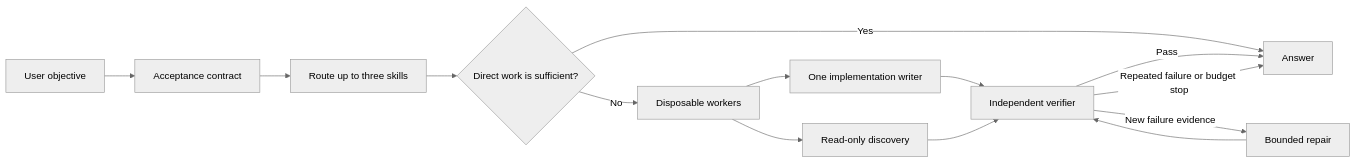
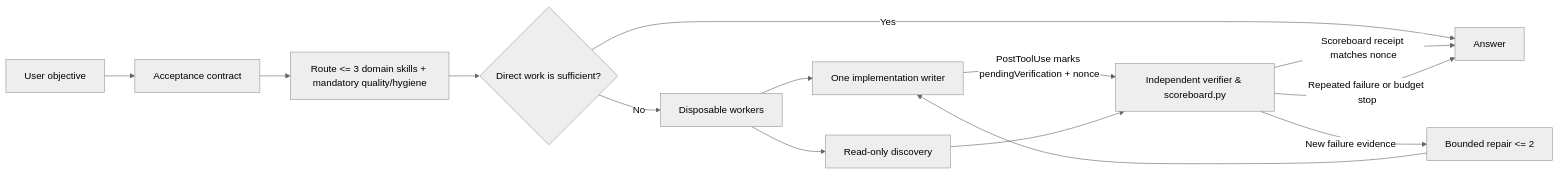
The first of 2 diagrams in docs/HARNESS.md (4R9UN/Assured-Arc), drawn with Mermaid (neutral theme) before and after one commit. The commit also changed other lines of this file and 34 other files, not shown here.

````diff
--- a/docs/HARNESS.md
+++ b/docs/HARNESS.md
@@ -11,16 +11,16 @@
 ```mermaid
 flowchart LR
     U[User objective] --> C[Acceptance contract]
-    C --> R[Route up to three skills]
+    C --> R[Route <= 3 domain skills + mandatory quality/hygiene]
     R --> D{Direct work is sufficient?}
     D -->|Yes| O[Answer]
     D -->|No| W[Disposable workers]
     W --> I[One implementation writer]
     W --> Q[Read-only discovery]
-    I --> V[Independent verifier]
+    I -->|PostToolUse marks pendingVerification + nonce| V[Independent verifier & scoreboard.py]
     Q --> V
-    V -->|Pass| O
-    V -->|New failure evidence| F[Bounded repair]
-    F --> V
+    V -->|Scoreboard receipt matches nonce| O
+    V -->|New failure evidence| F[Bounded repair <= 2]
+    F --> I
     V -->|Repeated failure or budget stop| O
 ```
````
